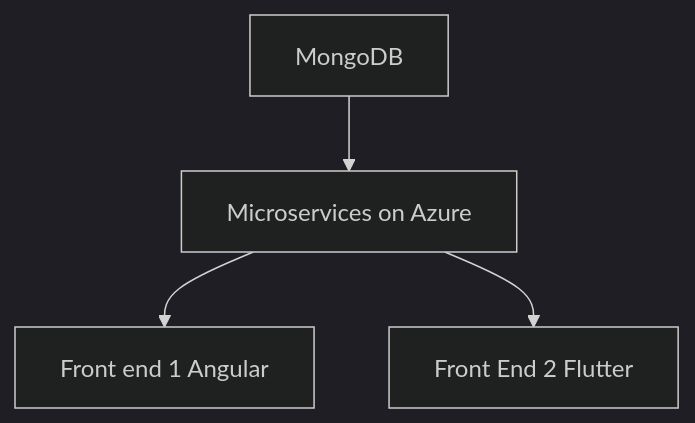
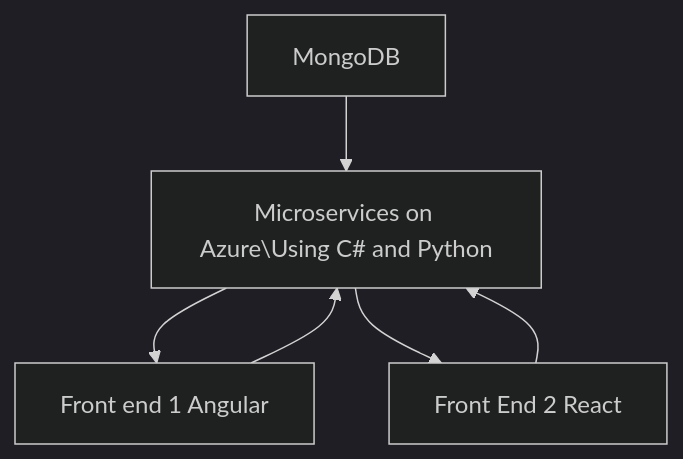
One commit to rainclouded/Concierge changed the diagram in Docs/Sprint0/sprint_0_worksheet.md. Above: the diagram before and after it, drawn with Mermaid (dark theme). The commit also changed other lines of this file and 4 other files, not shown here.

````diff
--- a/Docs/Sprint0/sprint_0_worksheet.md
+++ b/Docs/Sprint0/sprint_0_worksheet.md
@@ -14,6 +25,8 @@
 ```mermaid
   graph TD;
-      A[MongoDB]-->B[Microservices on Azure];
+      A[MongoDB]-->B[Microservices on Azure\Using C# and Python];
+      C[MongoDB]-->B;
+      D[MySQL]-->B;
       B-->C[Front end 1 Angular];
-      B-->D[Front End 2 Flutter];
+      B-->D[Front End 2 React];
 ```
````
